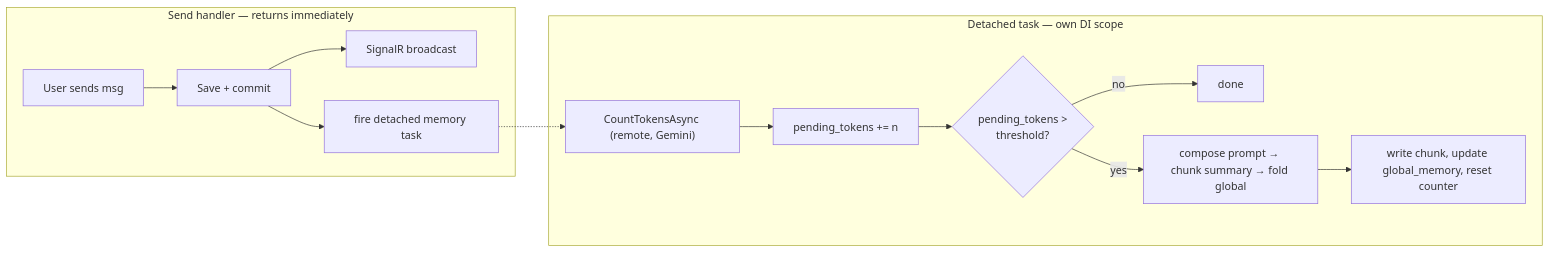
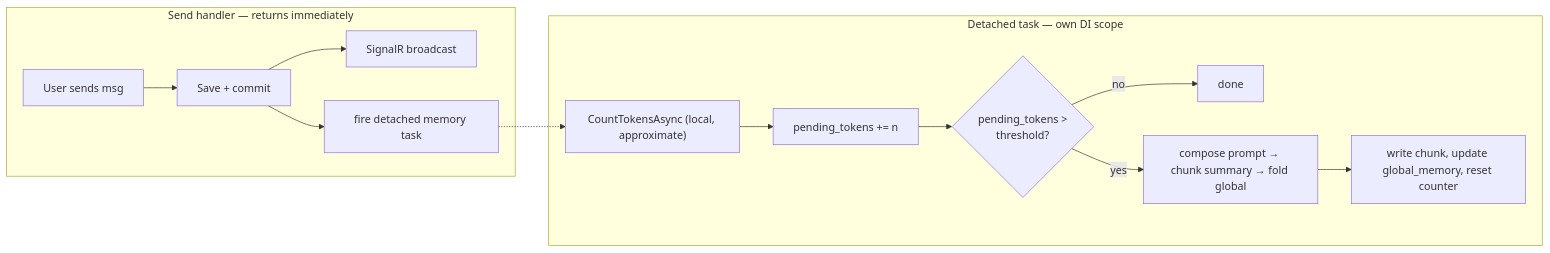
Before and after one commit to phanxuanquang/jetomax-assignment: the fourth of 5 diagrams in docs/backend-system-design-and-architecture.md, drawn with Mermaid. The commit also changed other lines of this file and 3 other files, not shown here.

````diff
--- a/docs/backend-system-design-and-architecture.md
+++ b/docs/backend-system-design-and-architecture.md
@@ -257,16 +256,16 @@
 ```mermaid
 flowchart LR
     subgraph Send["Send handler — returns immediately"]
         Msg["User sends msg"] --> Save["Save + commit"]
         Save --> BC["SignalR broadcast"]
         Save --> Fire["fire detached memory task"]
     end
     subgraph Detached["Detached task — own DI scope"]
-        Fire -.-> Count["CountTokensAsync (remote, Gemini)"]
+        Fire -.-> Count["CountTokensAsync (local, approximate)"]
         Count --> Add["pending_tokens += n"]
         Add --> Chk{"pending_tokens ><br/>threshold?"}
         Chk -->|no| Stop["done"]
         Chk -->|yes| Sum["compose prompt → chunk summary → fold global"]
         Sum --> Adv["write chunk, update global_memory, reset counter"]
     end
 ```
````
